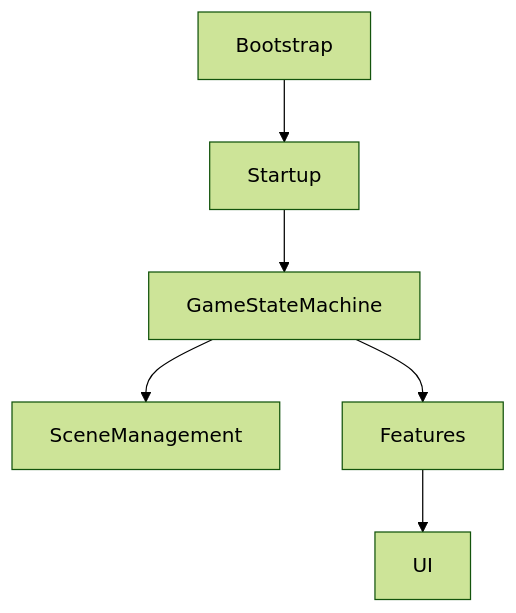
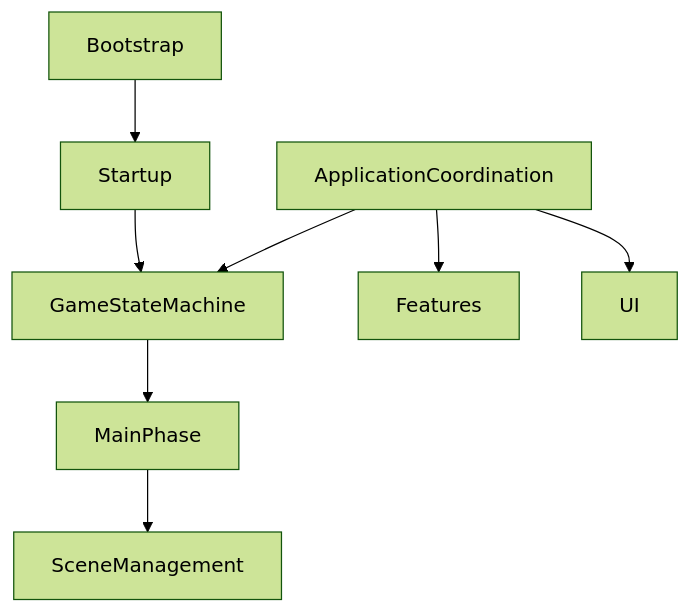
The first of 8 diagrams in Docs/Eng/ArchitectureAtlas/13_ArchitectureOverview.md (chainsawlad-Org/ChainSaw_Leg), drawn with Mermaid (forest theme) before and after one commit. The commit also changed other lines of this file and 29 other files, not shown here.

````diff
--- a/Docs/Eng/ArchitectureAtlas/13_ArchitectureOverview.md
+++ b/Docs/Eng/ArchitectureAtlas/13_ArchitectureOverview.md
@@ -18,25 +18,31 @@
 ```mermaid
 flowchart TD
 
 Bootstrap
 
 Startup
 
 GameStateMachine
+
+ApplicationCoordination
 
 SceneManagement
 
 Features
 
 UI
 
 Bootstrap --> Startup
 
 Startup --> GameStateMachine
 
-GameStateMachine --> SceneManagement
+GameStateMachine --> MainPhase
 
-GameStateMachine --> Features
+MainPhase --> SceneManagement
 
-Features --> UI
+ApplicationCoordination --> GameStateMachine
+
+ApplicationCoordination --> Features
+
+ApplicationCoordination --> UI
 ```
````
